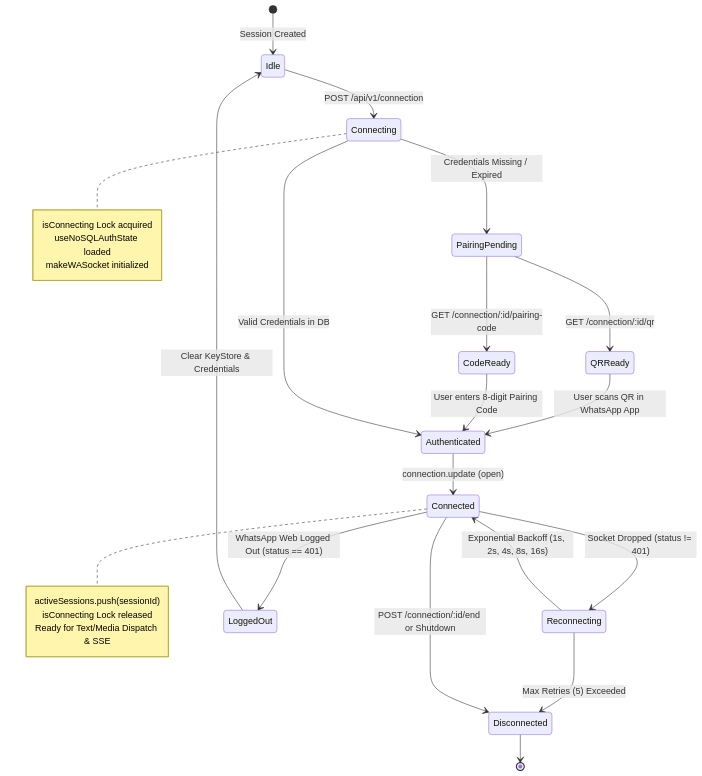
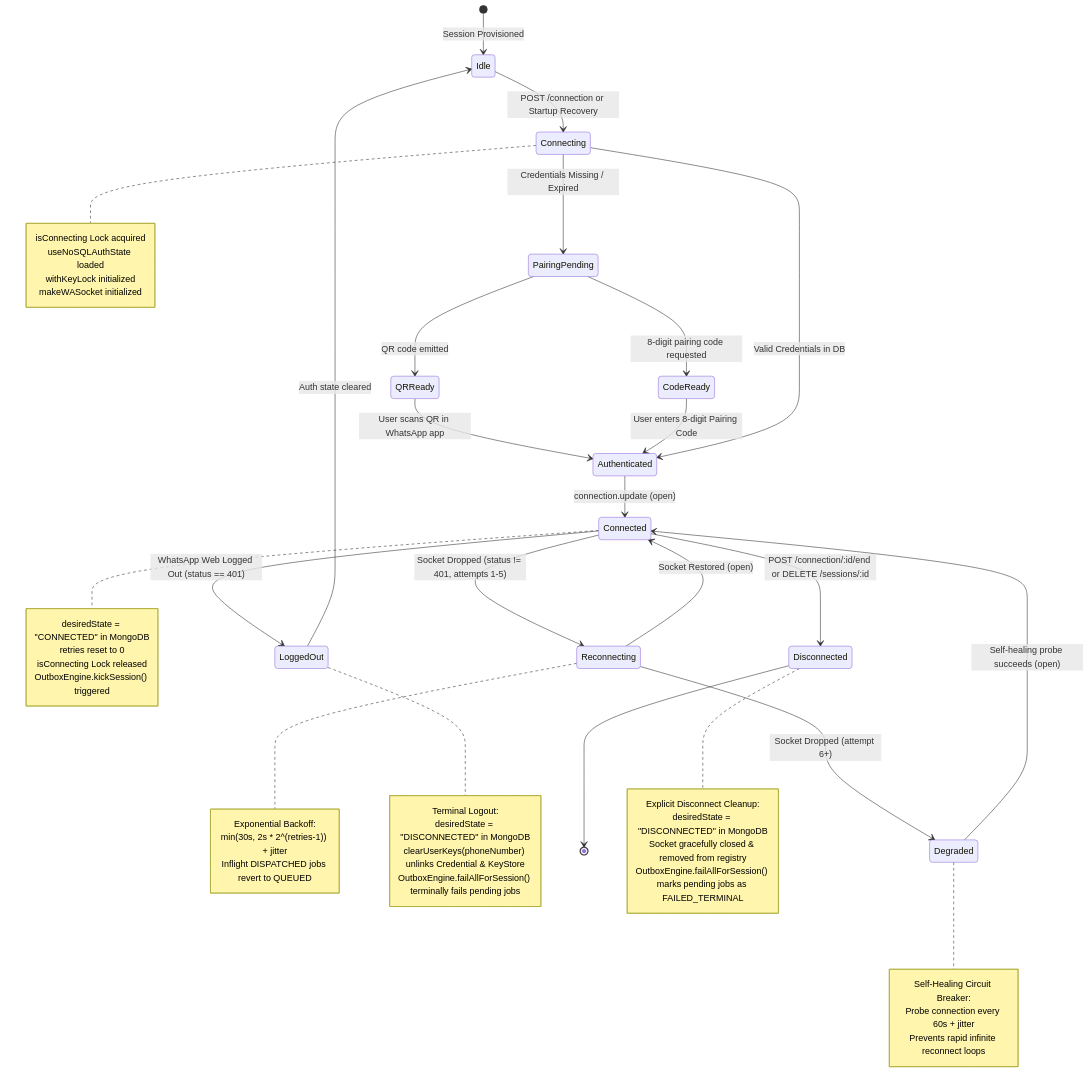
The fourth of 8 diagrams in docs/system-architecture.md (xml300/whatsapp-server), drawn with Mermaid before and after one commit. The commit also changed other lines of this file and 5 other files, not shown here.

Commit message:
docs: update architecture, api spec, data models, deployment guide, and openapi spec for actor & outbox engine

````diff
--- a/docs/system-architecture.md
+++ b/docs/system-architecture.md
@@ -102,37 +168,63 @@
 ```mermaid
 stateDiagram-v2
-    [*] --> Idle: Session Created
+    [*] --> Idle: Session Provisioned
 
-    Idle --> Connecting: POST /api/v1/connection
+    Idle --> Connecting: POST /connection or Startup Recovery
     note right of Connecting
         isConnecting Lock acquired
         useNoSQLAuthState loaded
+        withKeyLock initialized
         makeWASocket initialized
     end note
 
     Connecting --> PairingPending: Credentials Missing / Expired
-    PairingPending --> QRReady: GET /connection/:id/qr
-    PairingPending --> CodeReady: GET /connection/:id/pairing-code
+    PairingPending --> QRReady: QR code emitted
+    PairingPending --> CodeReady: 8-digit pairing code requested
 
-    QRReady --> Authenticated: User scans QR in WhatsApp App
+    QRReady --> Authenticated: User scans QR in WhatsApp app
     CodeReady --> Authenticated: User enters 8-digit Pairing Code
 
     Connecting --> Authenticated: Valid Credentials in DB
     
     Authenticated --> Connected: connection.update (open)
     note right of Connected
-        activeSessions.push(sessionId)
+        desiredState = "CONNECTED" in MongoDB
+        retries reset to 0
         isConnecting Lock released
-        Ready for Text/Media Dispatch & SSE
+        OutboxEngine.kickSession() triggered
     end note
 
-    Connected --> Reconnecting: Socket Dropped (status != 401)
-    Reconnecting --> Connected: Exponential Backoff (1s, 2s, 4s, 8s, 16s)
-    Reconnecting --> Disconnected: Max Retries (5) Exceeded
+    Connected --> Reconnecting: Socket Dropped (status != 401, attempts 1-5)
+    note right of Reconnecting
+        Exponential Backoff:
+        min(30s, 2s * 2^(retries-1)) + jitter
+        Inflight DISPATCHED jobs revert to QUEUED
+    end note
+    Reconnecting --> Connected: Socket Restored (open)
+
+    Reconnecting --> Degraded: Socket Dropped (attempt 6+)
+    note right of Degraded
+        Self-Healing Circuit Breaker:
+        Probe connection every 60s + jitter
+        Prevents rapid infinite reconnect loops
+    end note
+    Degraded --> Connected: Self-healing probe succeeds (open)
 
     Connected --> LoggedOut: WhatsApp Web Logged Out (status == 401)
-    LoggedOut --> Idle: Clear KeyStore & Credentials
+    note right of LoggedOut
+        Terminal Logout:
+        desiredState = "DISCONNECTED" in MongoDB
+        clearUserKeys(phoneNumber) unlinks Credential & KeyStore
+        OutboxEngine.failAllForSession() terminally fails pending jobs
+    end note
+    LoggedOut --> Idle: Auth state cleared
 
-    Connected --> Disconnected: POST /connection/:id/end or Shutdown
+    Connected --> Disconnected: POST /connection/:id/end or DELETE /sessions/:id
+    note right of Disconnected
+        Explicit Disconnect Cleanup:
+        desiredState = "DISCONNECTED" in MongoDB
+        Socket gracefully closed & removed from registry
+        OutboxEngine.failAllForSession() marks pending jobs as FAILED_TERMINAL
+    end note
     Disconnected --> [*]
 ```
````
